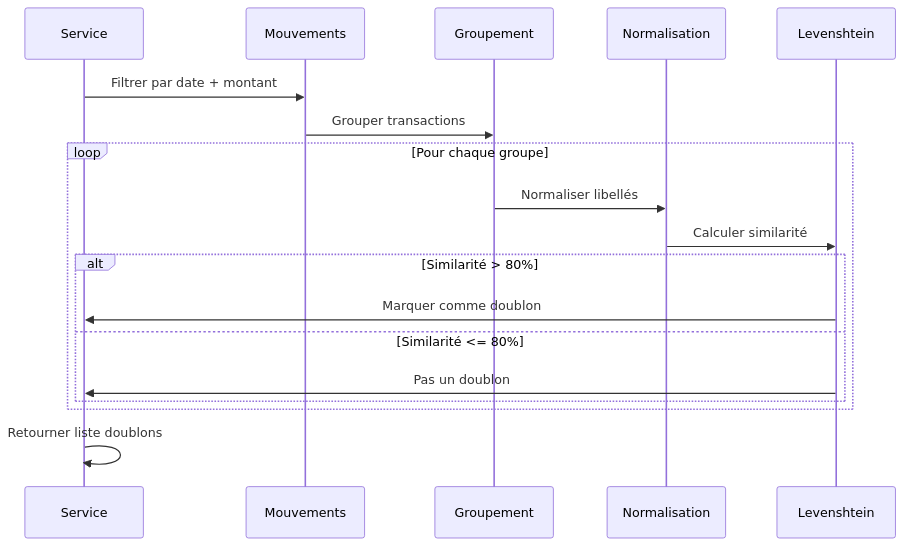
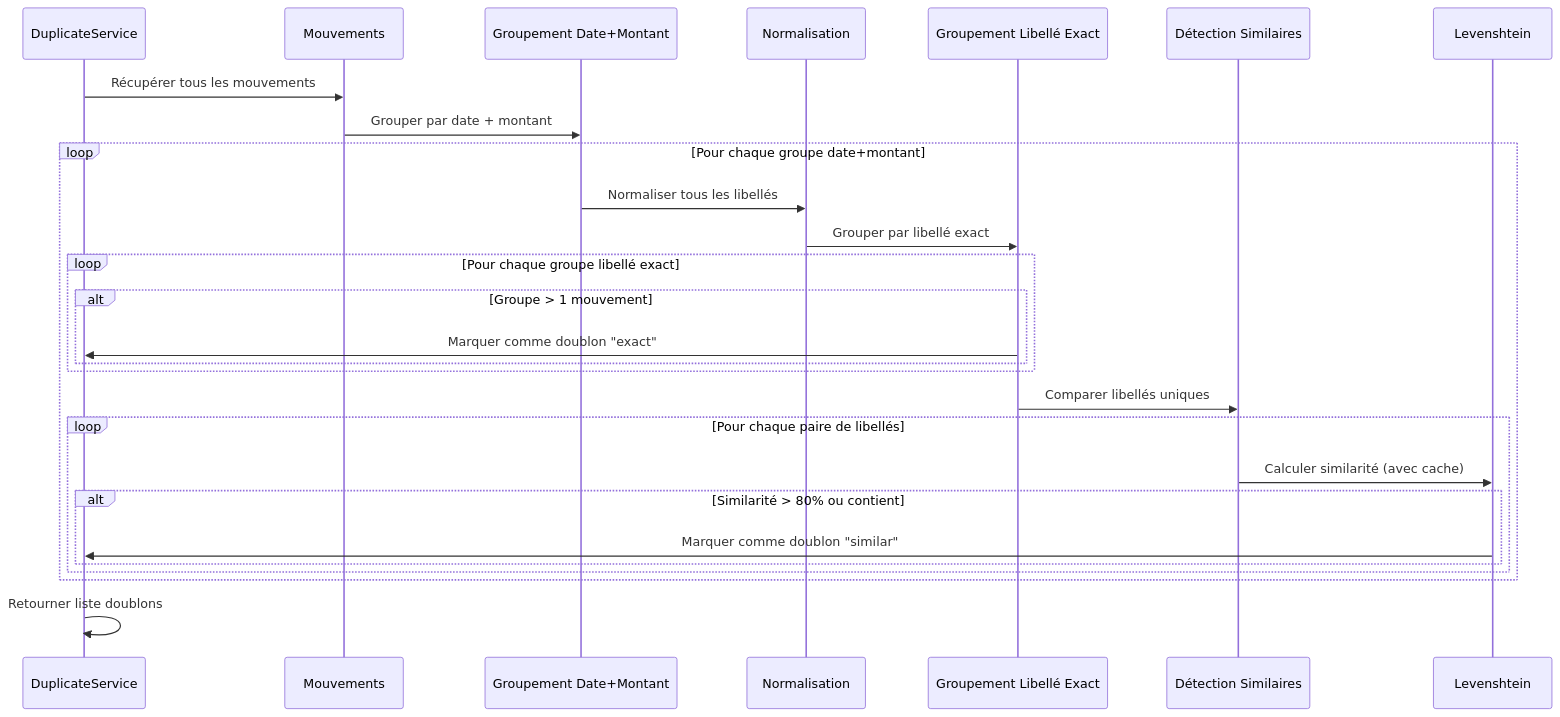
One commit to gobwah/dougs-test-app changed the eighth of 13 diagrams in documentation/ANALYSE.md. Above: the diagram before and after it, drawn with Mermaid. The commit also changed other lines of this file, not shown here.

First line of the commit message:
Refactor documentation structure and enhance duplicate detection algorithms

````diff
--- a/documentation/ANALYSE.md
+++ b/documentation/ANALYSE.md
@@ -512,21 +565,30 @@
 ```mermaid
 sequenceDiagram
-    participant S as Service
+    participant DS as DuplicateService
     participant M as Mouvements
-    participant G as Groupement
+    participant G as Groupement Date+Montant
     participant N as Normalisation
+    participant EL as Groupement Libellé Exact
+    participant SL as Détection Similaires
     participant L as Levenshtein
 
-    S->>M: Filtrer par date + montant
-    M->>G: Grouper transactions
-    loop Pour chaque groupe
-        G->>N: Normaliser libellés
-        N->>L: Calculer similarité
-        alt Similarité > 80%
-            L->>S: Marquer comme doublon
-        else Similarité <= 80%
-            L->>S: Pas un doublon
+    DS->>M: Récupérer tous les mouvements
+    M->>G: Grouper par date + montant
+    loop Pour chaque groupe date+montant
+        G->>N: Normaliser tous les libellés
+        N->>EL: Grouper par libellé exact
+        loop Pour chaque groupe libellé exact
+            alt Groupe > 1 mouvement
+                EL->>DS: Marquer comme doublon "exact"
+            end
+        end
+        EL->>SL: Comparer libellés uniques
+        loop Pour chaque paire de libellés
+            SL->>L: Calculer similarité (avec cache)
+            alt Similarité > 80% ou contient
+                L->>DS: Marquer comme doublon "similar"
+            end
         end
     end
-    S->>S: Retourner liste doublons
+    DS->>DS: Retourner liste doublons
 ```
````
